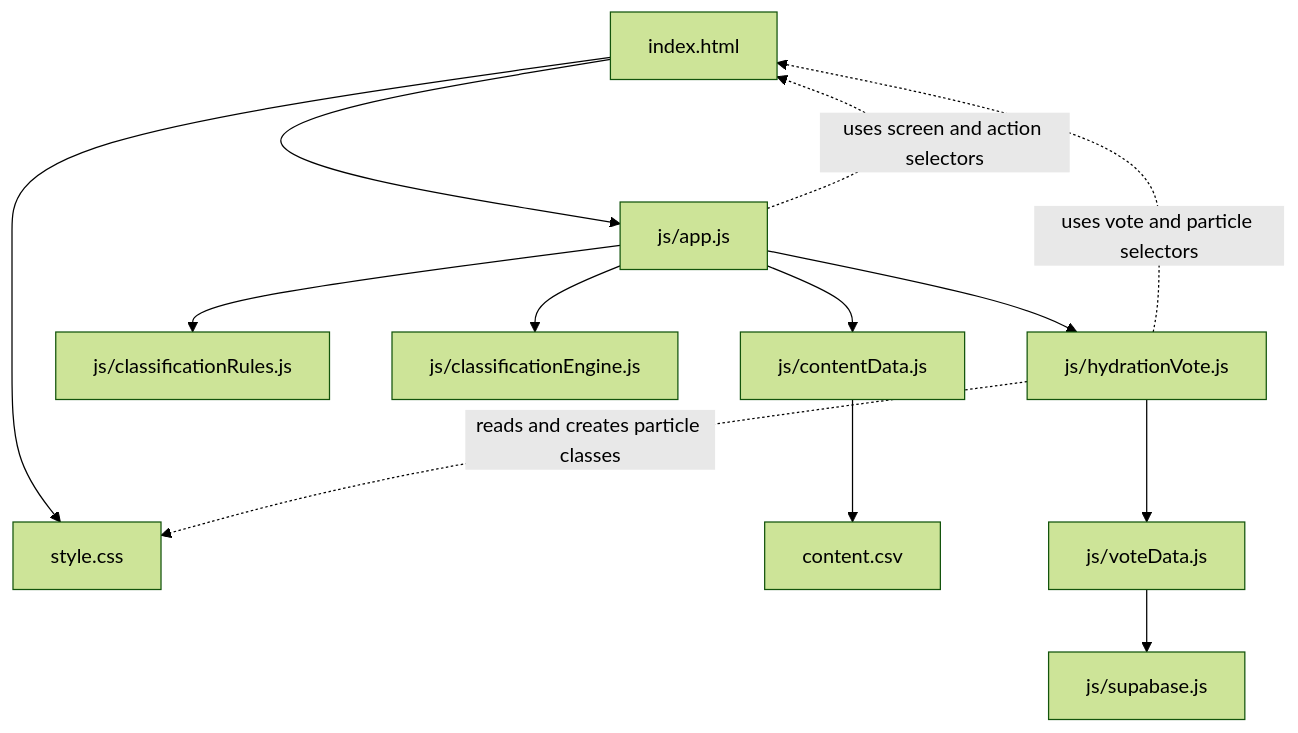
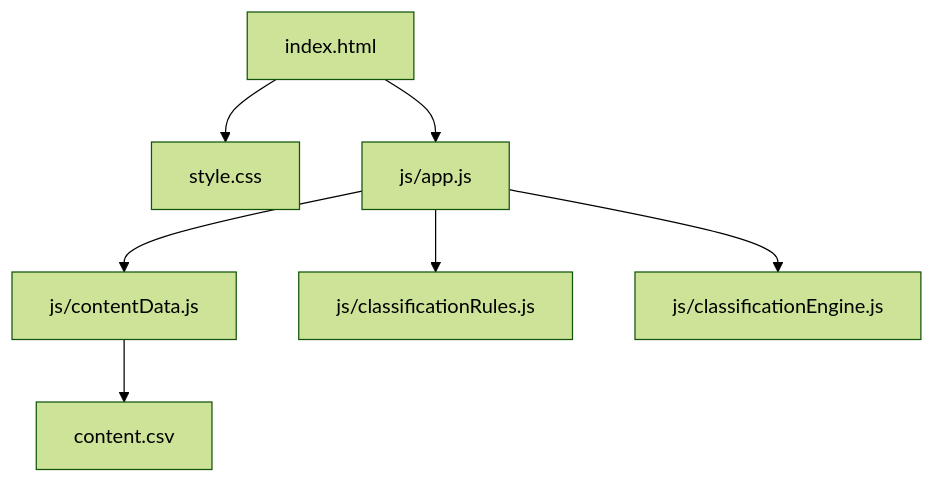
The diagram in PROJECT_MAP.md (Yi-Cheng-Lin-ntu/GarminRunYourRunningGear), drawn with Mermaid (forest theme) before and after one commit. The commit also changed other lines of this file and 8 other files, not shown here.

````diff
--- a/PROJECT_MAP.md
+++ b/PROJECT_MAP.md
@@ -13,15 +7,9 @@
 ```mermaid
 flowchart TD
   index[index.html] --> styles[style.css]
   index --> app[js/app.js]
   app --> contentLoader[js/contentData.js]
   contentLoader --> contentCsv[content.csv]
   app --> rules[js/classificationRules.js]
   app --> engine[js/classificationEngine.js]
-  app --> hydration[js/hydrationVote.js]
-  hydration --> voteData[js/voteData.js]
-  voteData --> supabase[js/supabase.js]
-  hydration -. reads and creates particle classes .-> styles
-  app -. uses screen and action selectors .-> index
-  hydration -. uses vote and particle selectors .-> index
 ```
````
